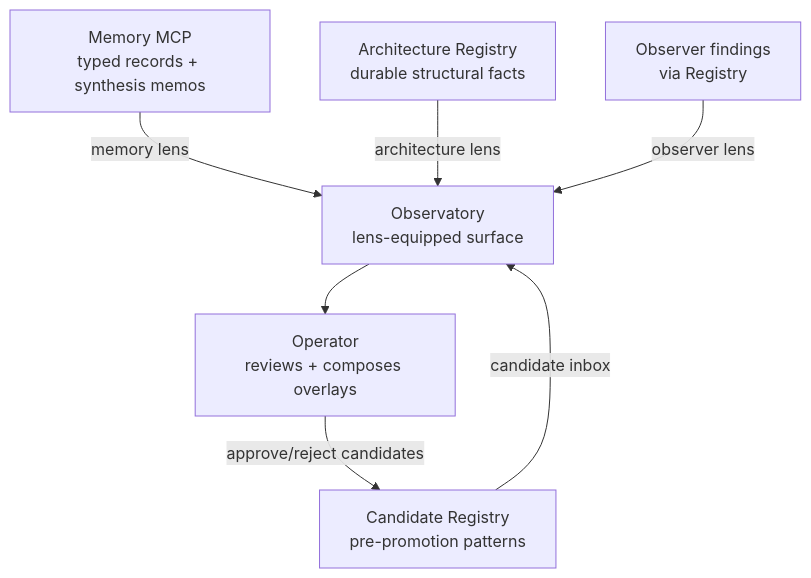
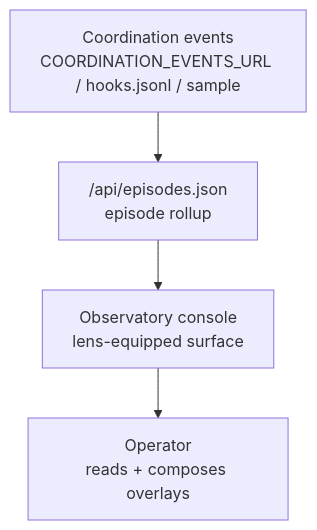
Before and after one commit to Lizo-RoadTown/tapestry: the diagram in apps/docs-site/src/content/docs/systems/observatory.md, drawn with Mermaid. The commit also changed other lines of this file and 19 other files, not shown here.

````diff
--- a/apps/docs-site/src/content/docs/systems/observatory.md
+++ b/apps/docs-site/src/content/docs/systems/observatory.md
@@ -12,15 +14,8 @@
 ```mermaid
 flowchart TB
-    M[Memory MCP<br/>typed records + synthesis memos]
-    AR[Architecture Registry<br/>durable structural facts]
-    CR[Candidate Registry<br/>pre-promotion patterns]
-    O[Observer findings<br/>via Registry]
-    OBSY[Observatory<br/>lens-equipped surface]
-    OP[Operator<br/>reviews + composes overlays]
-    M -->|memory lens| OBSY
-    AR -->|architecture lens| OBSY
-    CR -->|candidate inbox| OBSY
-    O -->|observer lens| OBSY
-    OBSY --> OP
-    OP -->|approve/reject candidates| CR
+    EV[Coordination events<br/>COORDINATION_EVENTS_URL / hooks.jsonl / sample]
+    API["/api/episodes.json<br/>episode rollup"]
+    OBSY[Observatory console<br/>lens-equipped surface]
+    OP[Operator<br/>reads + composes overlays]
+    EV --> API --> OBSY --> OP
 ```
````
